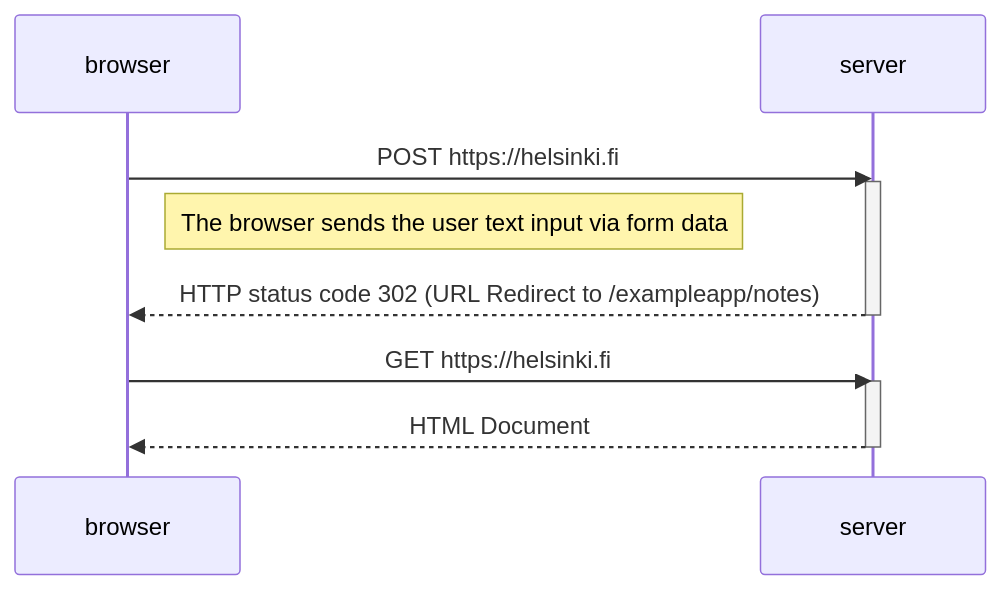
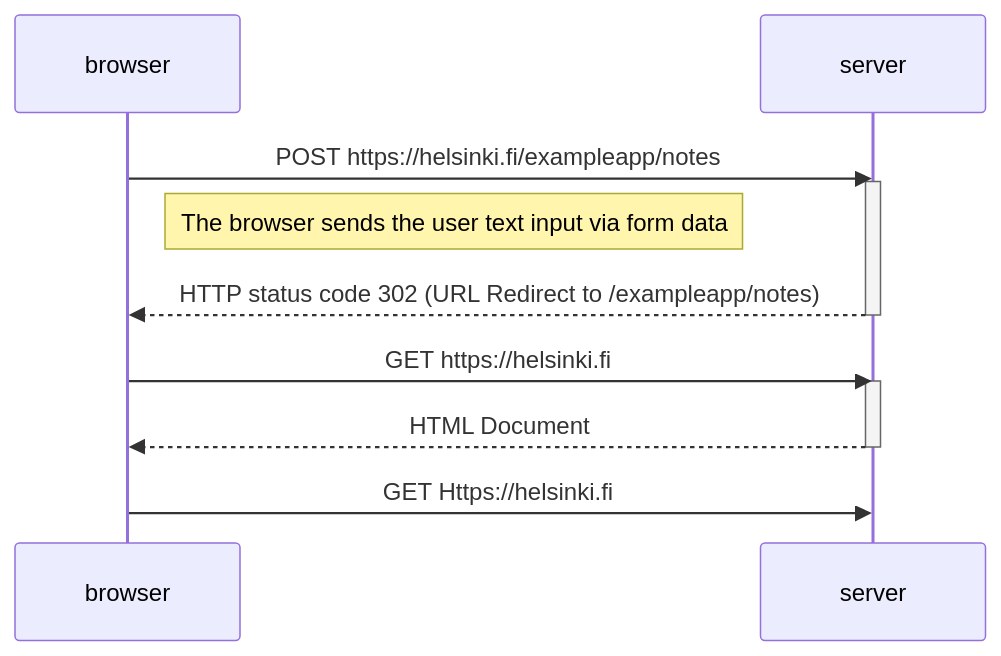
The diagram in part0/0.4.md (gokuman86/fullstackopen), drawn with Mermaid before and after one commit.

````diff
--- a/part0/0.4.md
+++ b/part0/0.4.md
@@ -1,18 +1,21 @@
 ```mermaid
 sequenceDiagram
   participant browser
   participant server
 
   %% 1. The User Submits a New Note
-  browser->>server: POST https://helsinki.fi
+  browser->>server: POST https://helsinki.fi/exampleapp/notes
   activate server
   note right of browser: The browser sends the user text input via form data
   server-->>browser: HTTP status code 302 (URL Redirect to /exampleapp/notes)
   deactivate server
 
   %% 2. Browser Reloads the Notes Page
   browser->>server: GET https://helsinki.fi
   activate server
   server-->>browser: HTML Document
-  deactivate server 
+  deactivate server
+
+  %% 3. Browser Fetches The Stylesheet
+  browser->>server: GET Https://helsinki.fi
 ```
````
